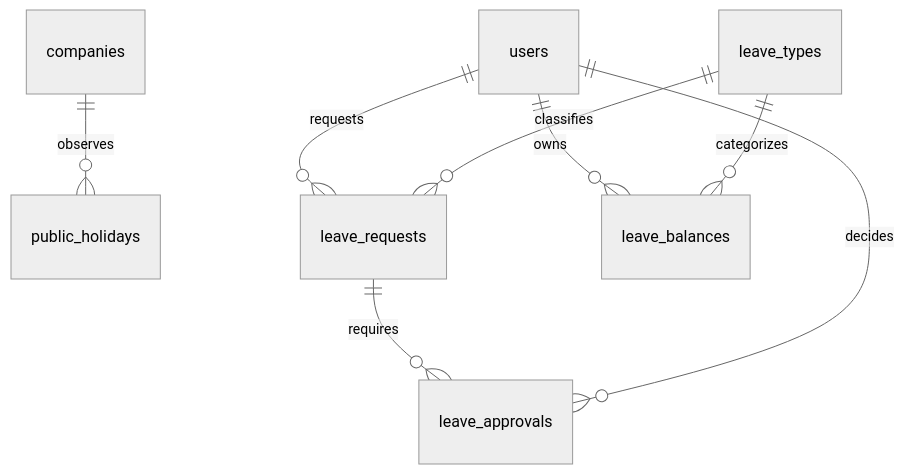
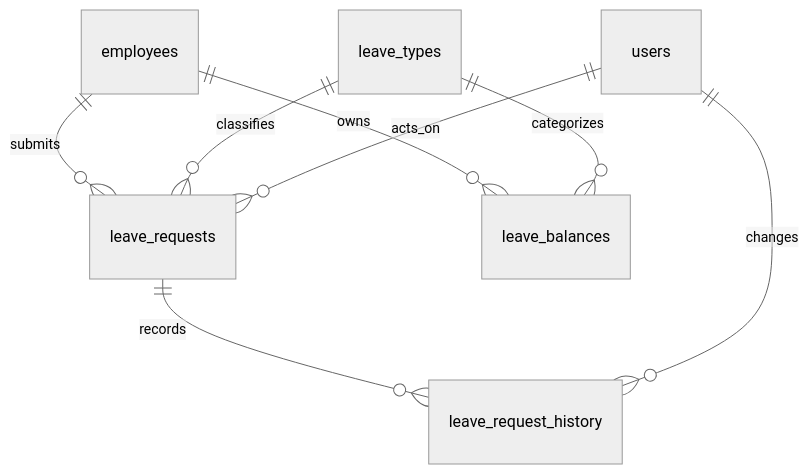
Before and after one commit to BogiOkta/internal-apps: the eighth of 12 diagrams in docs/architecture/DATABASE.md, drawn with Mermaid (neutral theme). The commit also changed other lines of this file and 9 other files, not shown here.

````diff
--- a/docs/architecture/DATABASE.md
+++ b/docs/architecture/DATABASE.md
@@ -523,10 +523,10 @@
 ```mermaid
 erDiagram
-    companies ||--o{ public_holidays : observes
-    users ||--o{ leave_requests : requests
+    employees ||--o{ leave_requests : submits
     leave_types ||--o{ leave_requests : classifies
-    users ||--o{ leave_balances : owns
+    leave_requests ||--o{ leave_request_history : records
+    employees ||--o{ leave_balances : owns
     leave_types ||--o{ leave_balances : categorizes
-    leave_requests ||--o{ leave_approvals : requires
-    users ||--o{ leave_approvals : decides
+    users ||--o{ leave_requests : acts_on
+    users ||--o{ leave_request_history : changes
 ```
````
